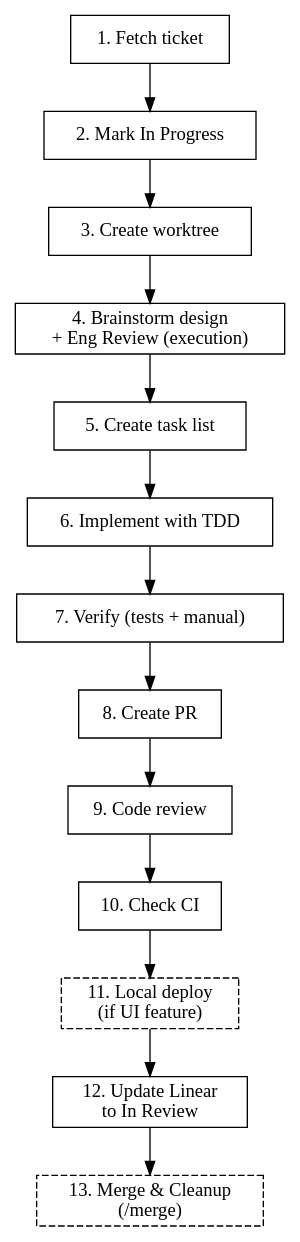
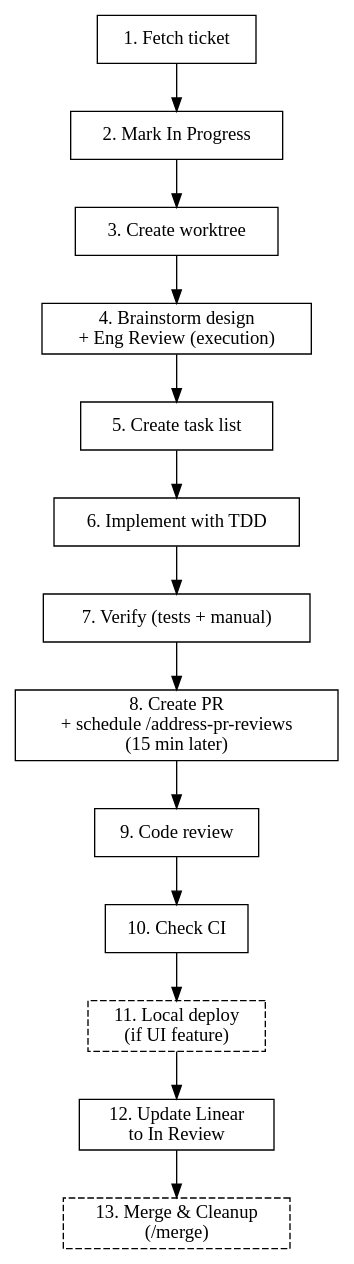
The diagram in skills/starting-linear-ticket/SKILL.md (ianmartorell/claude-config), drawn with Graphviz before and after one commit. The commit also changed other lines of this file, not shown here.

First line of the commit message:
starting-linear-ticket: schedule /address-pr-reviews 15min after PR

````diff
--- a/skills/starting-linear-ticket/SKILL.md
+++ b/skills/starting-linear-ticket/SKILL.md
@@ -85,22 +85,22 @@
 ```dot
 digraph workflow {
     rankdir=TB;
 
     fetch [label="1. Fetch ticket", shape=box];
     progress [label="2. Mark In Progress", shape=box];
     worktree [label="3. Create worktree", shape=box];
     brainstorm [label="4. Brainstorm design\n+ Eng Review (execution)", shape=box];
     todos [label="5. Create task list", shape=box];
     tdd [label="6. Implement with TDD", shape=box];
     verify [label="7. Verify (tests + manual)", shape=box];
-    pr [label="8. Create PR", shape=box];
+    pr [label="8. Create PR\n+ schedule /address-pr-reviews\n(15 min later)", shape=box];
     codereview [label="9. Code review", shape=box];
     ci [label="10. Check CI", shape=box];
     localtest [label="11. Local deploy\n(if UI feature)", shape=box, style=dashed];
     review [label="12. Update Linear\nto In Review", shape=box];
 
     merge [label="13. Merge & Cleanup\n(/merge)", shape=box, style=dashed];
 
     fetch -> progress -> worktree -> brainstorm -> todos -> tdd -> verify -> pr -> codereview -> ci -> localtest -> review -> merge;
 }
 ```
````
